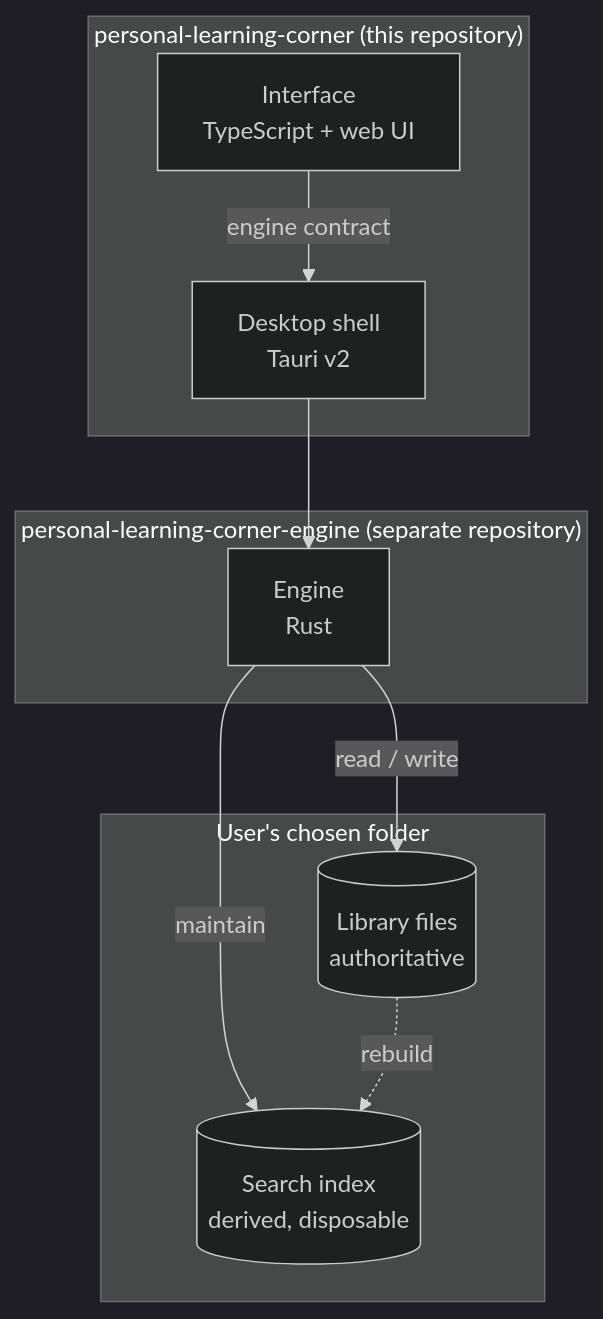
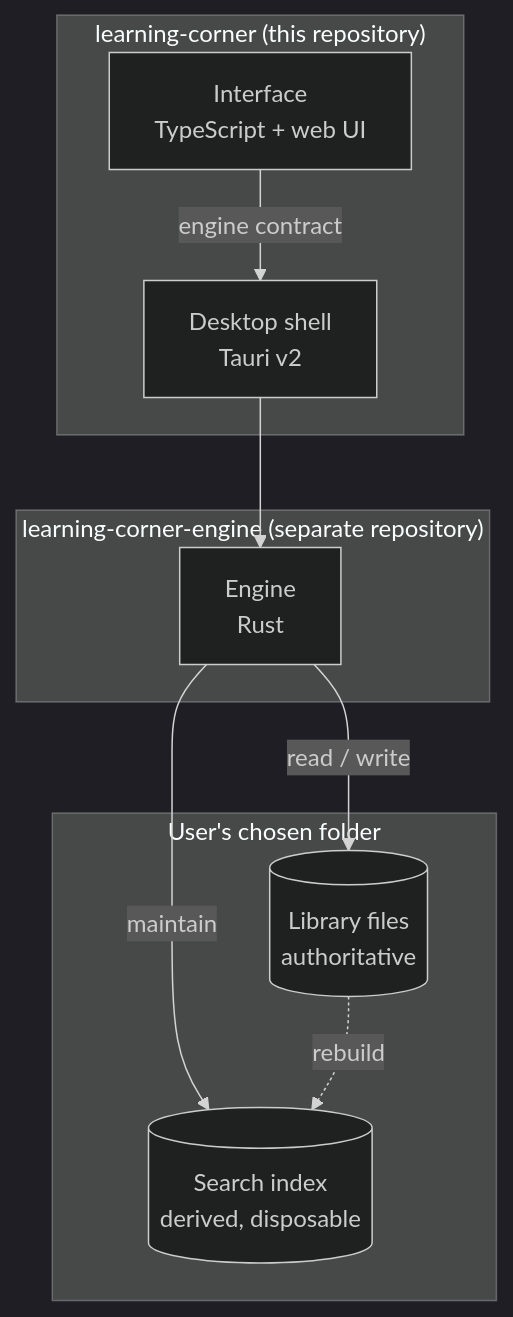
One commit to Tuominen04/learning-corner changed the diagram in docs/technical/architecture.md. Above: the diagram before and after it, drawn with Mermaid (dark theme). The commit also changed other lines of this file and 50 other files, not shown here.

First line of the commit message:
Rename to Learning Corner, and depend on the public engine

````diff
--- a/docs/technical/architecture.md
+++ b/docs/technical/architecture.md
@@ -34,20 +34,20 @@
 ```mermaid
 flowchart TB
-    subgraph app["personal-learning-corner (this repository)"]
+    subgraph app["learning-corner (this repository)"]
         UI["Interface<br/>TypeScript + web UI"]
         SHELL["Desktop shell<br/>Tauri v2"]
     end
-    subgraph engine_repo["personal-learning-corner-engine (separate repository)"]
+    subgraph engine_repo["learning-corner-engine (separate repository)"]
         ENGINE["Engine<br/>Rust"]
     end
     subgraph disk["User's chosen folder"]
         FILES[("Library files<br/>authoritative")]
         INDEX[("Search index<br/>derived, disposable")]
     end
 
     UI -->|"engine contract"| SHELL
     SHELL --> ENGINE
     ENGINE -->|"read / write"| FILES
     ENGINE -->|"maintain"| INDEX
     FILES -.->|"rebuild"| INDEX
 ```
````
